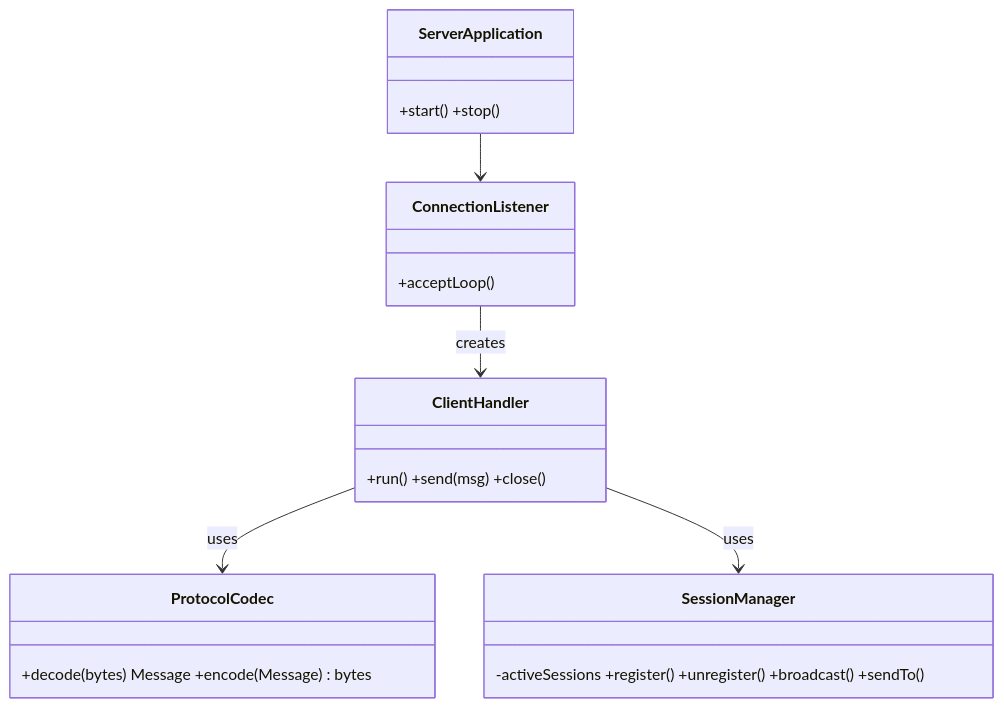
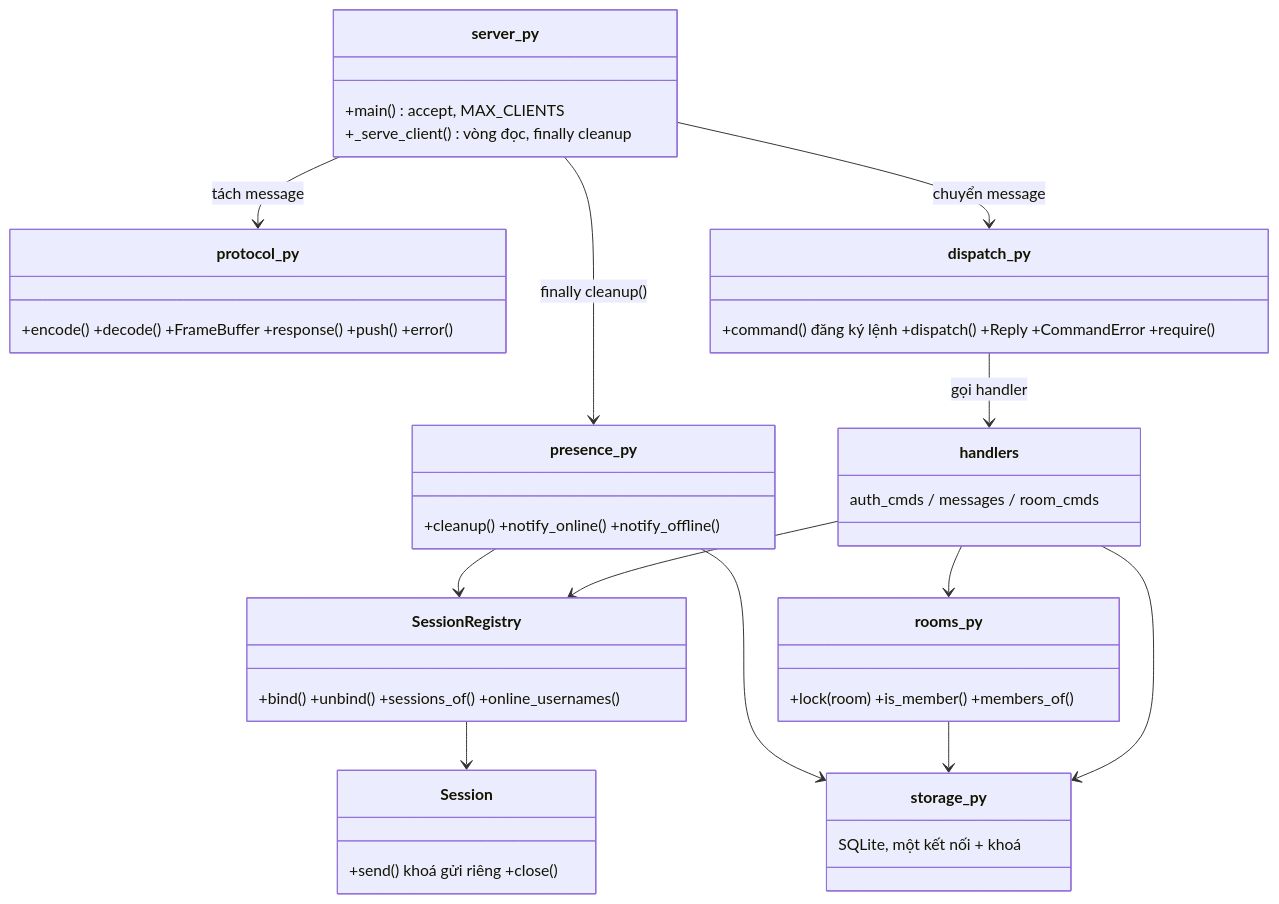
The second of 3 diagrams in docs/architecture.md (ElementalHeroCodeNeos/copy-project-mmt), drawn with Mermaid before and after one commit. The commit also changed other lines of this file and 1 other file, not shown here.

First line of the commit message:
docs(architecture): mô hình đồng thời và khoá

````diff
--- a/docs/architecture.md
+++ b/docs/architecture.md
@@ -42,12 +42,24 @@
 ```mermaid
 classDiagram
-    class ServerApplication { +start() +stop() }
-    class ConnectionListener { +acceptLoop() }
-    class ClientHandler { +run() +send(msg) +close() }
-    class SessionManager { -activeSessions +register() +unregister() +broadcast() +sendTo() }
-    class ProtocolCodec { +decode(bytes) Message +encode(Message) bytes }
-    ServerApplication --> ConnectionListener
-    ConnectionListener --> ClientHandler : creates
-    ClientHandler --> ProtocolCodec : uses
-    ClientHandler --> SessionManager : uses
+    class server_py { +main() accept, MAX_CLIENTS
+        +_serve_client() vòng đọc, finally cleanup }
+    class protocol_py { +encode() +decode() +FrameBuffer +response() +push() +error() }
+    class dispatch_py { +command() đăng ký lệnh +dispatch() +Reply +CommandError +require() }
+    class Session { +send() khoá gửi riêng +close() }
+    class SessionRegistry { +bind() +unbind() +sessions_of() +online_usernames() }
+    class handlers { auth_cmds / messages / room_cmds }
+    class storage_py { SQLite, một kết nối + khoá }
+    class rooms_py { +lock(room) +is_member() +members_of() }
+    class presence_py { +cleanup() +notify_online() +notify_offline() }
+    server_py --> protocol_py : tách message
+    server_py --> dispatch_py : chuyển message
+    server_py --> presence_py : finally cleanup()
+    dispatch_py --> handlers : gọi handler
+    handlers --> SessionRegistry
+    handlers --> storage_py
+    handlers --> rooms_py
+    rooms_py --> storage_py
+    presence_py --> SessionRegistry
+    presence_py --> storage_py
+    SessionRegistry --> Session
 ```
````
